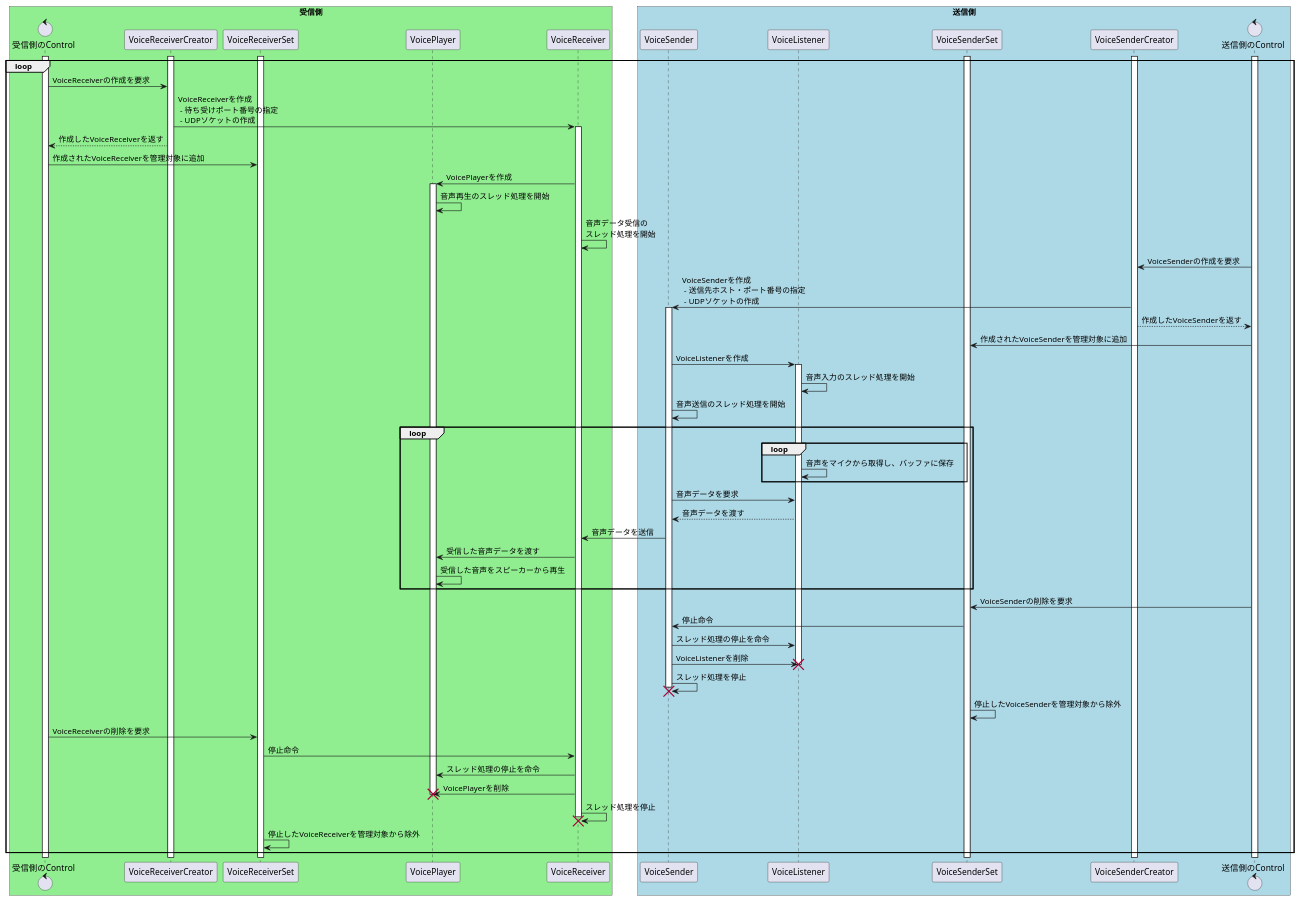
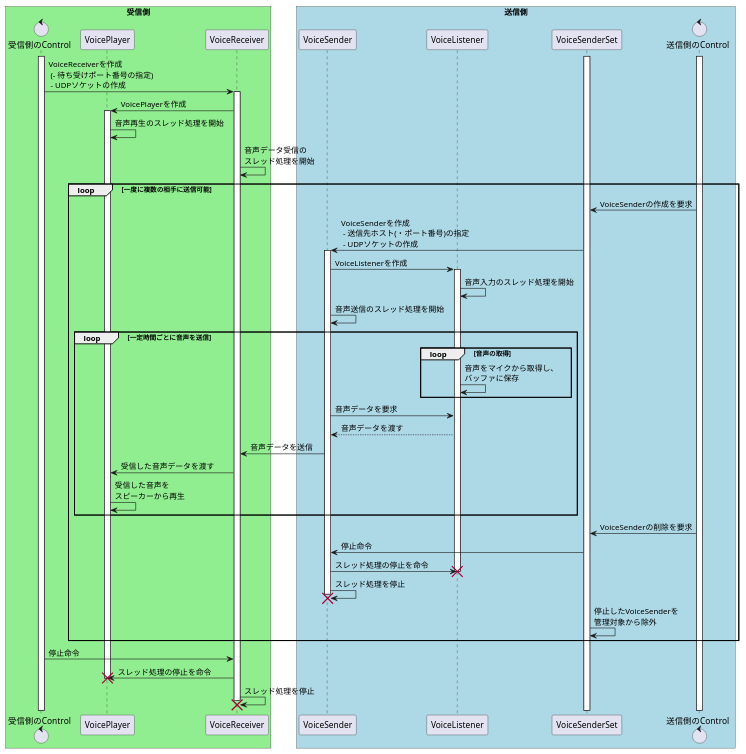
The diagram in diagram/sequence.puml (TOMOFUMI-KONDO/voice-transfer), drawn with PlantUML before and after one commit. The commit also changed 3 other files, not shown here.

Commit message:
Updated diagrams

```diff
--- a/diagram/sequence.puml
+++ b/diagram/sequence.puml
@@ -1,86 +1,72 @@
 @startuml
 
 skinparam boxPadding 20
 
 box "受信側" #LightGreen
 control 受信側のControl
-participant VoiceReceiverCreator
-participant VoiceReceiverSet
 participant VoicePlayer
 participant VoiceReceiver
 end box
 
 box "送信側" #LightBlue
 participant VoiceSender
 participant VoiceListener
 participant VoiceSenderSet
-participant VoiceSenderCreator
 control 送信側のControl
 end box
 
 ' 初期化
 activate 受信側のControl
-activate VoiceReceiverSet
-activate VoiceReceiverCreator
 activate 送信側のControl
 activate VoiceSenderSet
-activate VoiceSenderCreator
 
-loop
-    ' 受信準備
-    受信側のControl -> VoiceReceiverCreator: VoiceReceiverの作成を要求
-    VoiceReceiverCreator -> VoiceReceiver: VoiceReceiverを作成\n - 待ち受けポート番号の指定\n - UDPソケットの作成
-    activate VoiceReceiver
-    受信側のControl <-- VoiceReceiverCreator: 作成したVoiceReceiverを返す
-    受信側のControl -> VoiceReceiverSet: 作成されたVoiceReceiverを管理対象に追加
-    VoiceReceiver -> VoicePlayer: VoicePlayerを作成
-    activate VoicePlayer
-    VoicePlayer -> VoicePlayer: 音声再生のスレッド処理を開始
-    VoiceReceiver -> VoiceReceiver: 音声データ受信の\nスレッド処理を開始
+' 受信準備
+受信側のControl -> VoiceReceiver: VoiceReceiverを作成\n (- 待ち受けポート番号の指定)\n - UDPソケットの作成
+activate VoiceReceiver
+VoiceReceiver -> VoicePlayer: VoicePlayerを作成
+activate VoicePlayer
+VoicePlayer -> VoicePlayer: 音声再生のスレッド処理を開始
+VoiceReceiver -> VoiceReceiver: 音声データ受信の\nスレッド処理を開始
 
+loop 一度に複数の相手に送信可能
     ' 送信準備
-    送信側のControl -> VoiceSenderCreator: VoiceSenderの作成を要求
-    VoiceSenderCreator -> VoiceSender: VoiceSenderを作成\n - 送信先ホスト・ポート番号の指定 \n - UDPソケットの作成
+    送信側のControl -> VoiceSenderSet: VoiceSenderの作成を要求
+    VoiceSenderSet -> VoiceSender: VoiceSenderを作成\n - 送信先ホスト(・ポート番号)の指定 \n - UDPソケットの作成
     activate VoiceSender
-    送信側のControl <-- VoiceSenderCreator: 作成したVoiceSenderを返す
-    送信側のControl -> VoiceSenderSet: 作成されたVoiceSenderを管理対象に追加
     VoiceSender -> VoiceListener: VoiceListenerを作成
     activate VoiceListener
     VoiceListener -> VoiceListener: 音声入力のスレッド処理を開始
     VoiceSender -> VoiceSender: 音声送信のスレッド処理を開始
 
     ' 送受信処理
-    loop
-        loop
-            VoiceListener -> VoiceListener: 音声をマイクから取得し、バッファに保存
+    loop 一定時間ごとに音声を送信
+        loop 音声の取得
+            VoiceListener -> VoiceListener: 音声をマイクから取得し、\nバッファに保存
         end
+
         VoiceSender -> VoiceListener: 音声データを要求
         VoiceSender <-- VoiceListener: 音声データを渡す
         VoiceSender -> VoiceReceiver: 音声データを送信
 
         VoiceReceiver -> VoicePlayer: 受信した音声データを渡す
-        VoicePlayer -> VoicePlayer: 受信した音声をスピーカーから再生
+        VoicePlayer -> VoicePlayer: 受信した音声を\nスピーカーから再生
     end
 
     ' 送信終了処理
     送信側のControl -> VoiceSenderSet: VoiceSenderの削除を要求
     VoiceSenderSet -> VoiceSender: 停止命令
     VoiceSender -> VoiceListener: スレッド処理の停止を命令
-    VoiceSender -> VoiceListener: VoiceListenerを削除
     destroy VoiceListener
     VoiceSender -> VoiceSender: スレッド処理を停止
     destroy VoiceSender
-    VoiceSenderSet -> VoiceSenderSet: 停止したVoiceSenderを管理対象から除外
-
-    ' 受信終了処理
-    受信側のControl -> VoiceReceiverSet: VoiceReceiverの削除を要求
-    VoiceReceiverSet -> VoiceReceiver: 停止命令
-    VoiceReceiver -> VoicePlayer: スレッド処理の停止を命令
-    VoiceReceiver -> VoicePlayer: VoicePlayerを削除
-    destroy VoicePlayer
-    VoiceReceiver -> VoiceReceiver: スレッド処理を停止
-    destroy VoiceReceiver
-    VoiceReceiverSet -> VoiceReceiverSet: 停止したVoiceReceiverを管理対象から除外
+    VoiceSenderSet -> VoiceSenderSet: 停止したVoiceSenderを\n管理対象から除外
 end
 
+' 受信終了処理
+受信側のControl -> VoiceReceiver: 停止命令
+VoiceReceiver -> VoicePlayer: スレッド処理の停止を命令
+destroy VoicePlayer
+VoiceReceiver -> VoiceReceiver: スレッド処理を停止
+destroy VoiceReceiver
+
 @enduml
```
